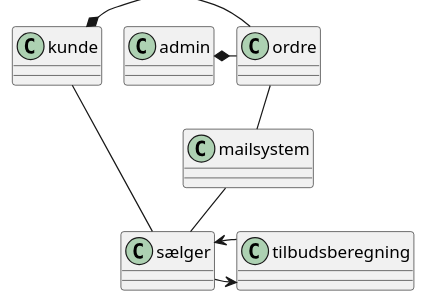
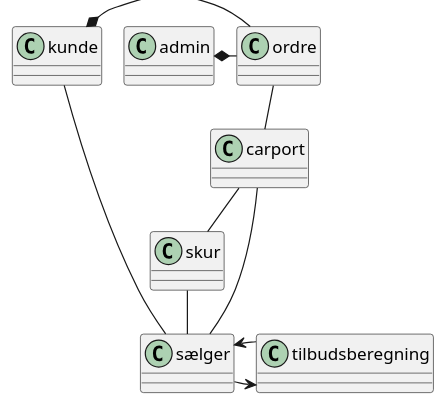
The diagram in PlantUML/DomainModel.puml (DarkDrinker/Carport-eksamensprojekt-2Sem), drawn with PlantUML before and after one commit.

Commit message:
updated model

```diff
--- a/PlantUML/DomainModel.puml
+++ b/PlantUML/DomainModel.puml
@@ -1,21 +1,23 @@
 @startuml
 'https://plantuml.com/object-diagram
 !pragma layout smetana
 
 class kunde
 class ordre
-
-class mailsystem
+class skur
+class carport
 class tilbudsberegning
 class sælger
 
 
 kunde *- ordre
 admin *- ordre
-ordre -- mailsystem
-mailsystem -- sælger
+ordre -- carport
+carport -- sælger
+carport -- skur
+skur -- sælger
 sælger -> tilbudsberegning
 tilbudsberegning -> sælger
 sælger -- kunde
 
 @enduml
```
